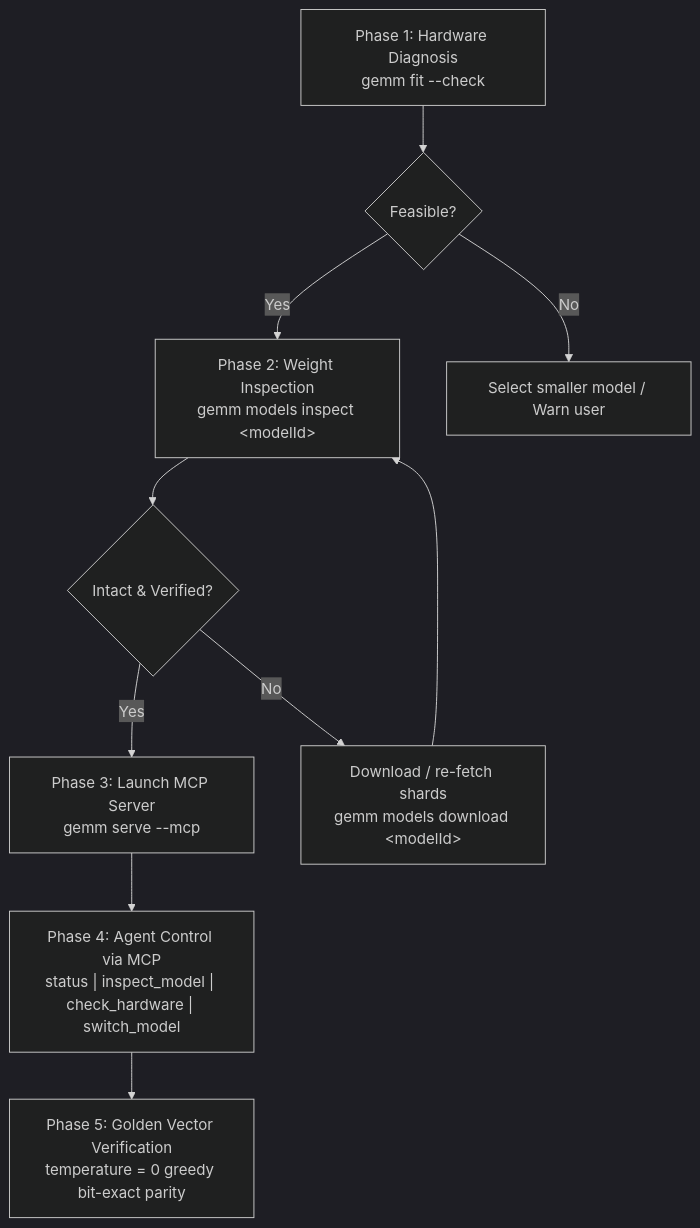
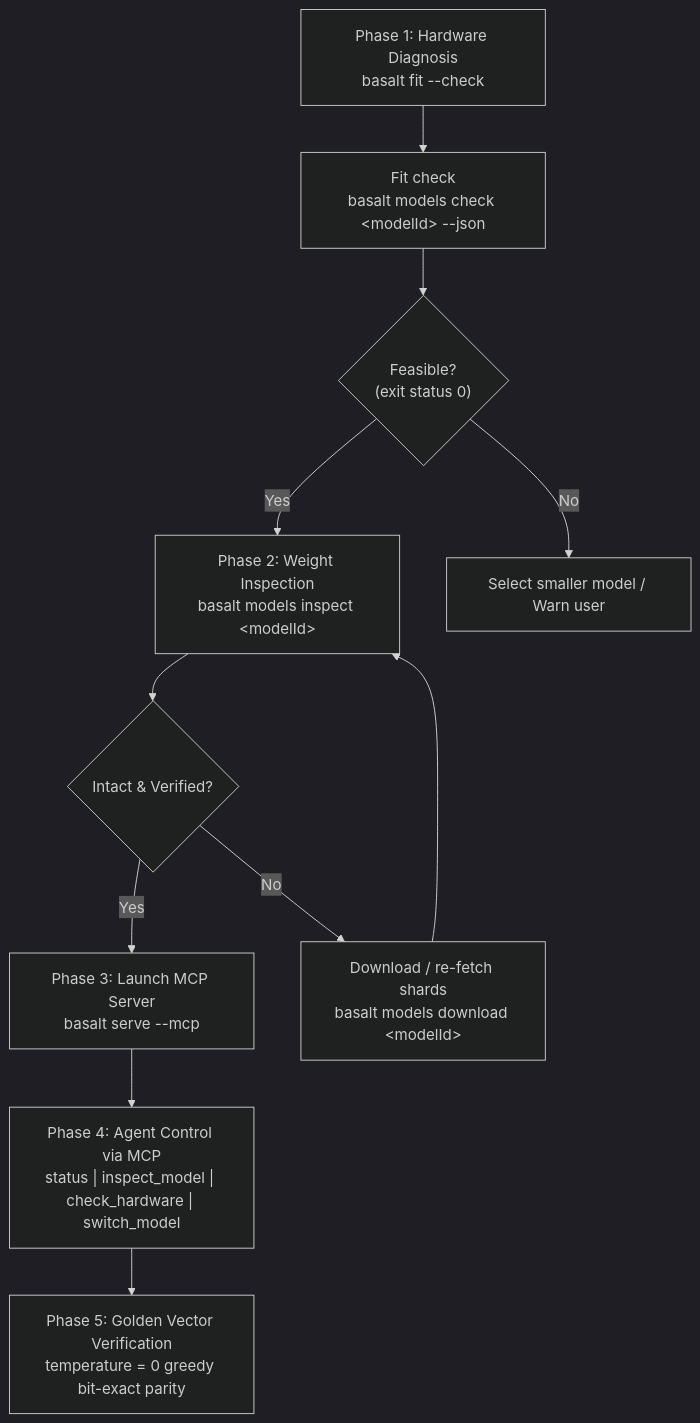
One commit to goodmai/basalt changed the diagram in AGENTS.md. Above: the diagram before and after it, drawn with Mermaid (dark theme). The commit also changed other lines of this file and 11 other files, not shown here.

````diff
--- a/AGENTS.md
+++ b/AGENTS.md
@@ -13,12 +13,13 @@
 ```mermaid
 flowchart TD
-    A["Phase 1: Hardware Diagnosis<br/>gemm fit --check"] --> B{"Feasible?"}
-    B -- Yes --> C["Phase 2: Weight Inspection<br/>gemm models inspect &lt;modelId&gt;"]
+    A0["Phase 1: Hardware Diagnosis<br/>basalt fit --check"] --> A["Fit check<br/>basalt models check &lt;modelId&gt; --json"]
+    A --> B{"Feasible?<br/>(exit status 0)"}
+    B -- Yes --> C["Phase 2: Weight Inspection<br/>basalt models inspect &lt;modelId&gt;"]
     B -- No --> X["Select smaller model / Warn user"]
     C --> D{"Intact &amp; Verified?"}
-    D -- Yes --> E["Phase 3: Launch MCP Server<br/>gemm serve --mcp"]
-    D -- No --> F["Download / re-fetch shards<br/>gemm models download &lt;modelId&gt;"]
+    D -- Yes --> E["Phase 3: Launch MCP Server<br/>basalt serve --mcp"]
+    D -- No --> F["Download / re-fetch shards<br/>basalt models download &lt;modelId&gt;"]
     F --> C
     E --> G["Phase 4: Agent Control via MCP<br/>status | inspect_model | check_hardware | switch_model"]
     G --> H["Phase 5: Golden Vector Verification<br/>temperature = 0 greedy bit-exact parity"]
 ```
````
